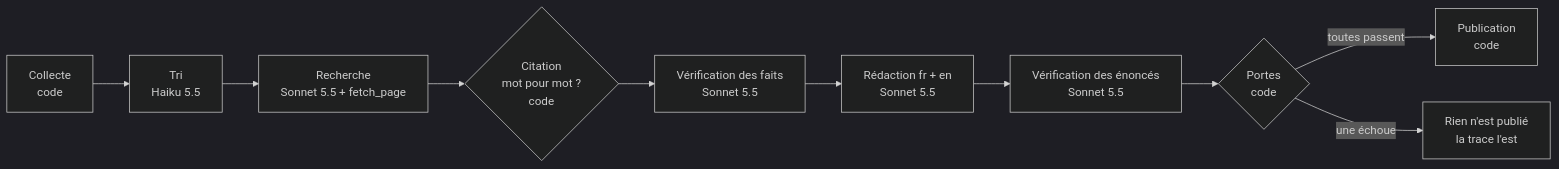
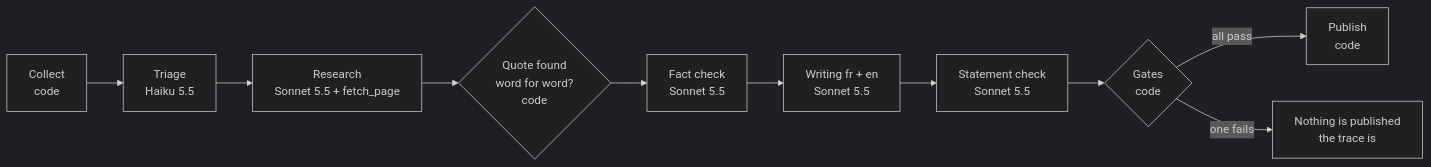
Before and after one commit to BassemFd/ai-watch: the diagram in README.md, drawn with Mermaid (dark theme). The commit also changed other lines of this file, not shown here.

````diff
--- a/README.md
+++ b/README.md
@@ -13,12 +11,12 @@
 ```mermaid
 flowchart LR
-  A[Collecte<br/>code] --> B[Tri<br/>Haiku 5.5]
-  B --> C[Recherche<br/>Sonnet 5.5 + fetch_page]
-  C --> D{Citation<br/>mot pour mot ?<br/>code}
-  D --> E[Vérification des faits<br/>Sonnet 5.5]
-  E --> F[Rédaction fr + en<br/>Sonnet 5.5]
-  F --> G[Vérification des énoncés<br/>Sonnet 5.5]
-  G --> H{Portes<br/>code}
-  H -->|toutes passent| I[Publication<br/>code]
-  H -->|une échoue| J[Rien n'est publié<br/>la trace l'est]
+  A[Collect<br/>code] --> B[Triage<br/>Haiku 5.5]
+  B --> C[Research<br/>Sonnet 5.5 + fetch_page]
+  C --> D{Quote found<br/>word for word?<br/>code}
+  D --> E[Fact check<br/>Sonnet 5.5]
+  E --> F[Writing fr + en<br/>Sonnet 5.5]
+  F --> G[Statement check<br/>Sonnet 5.5]
+  G --> H{Gates<br/>code}
+  H -->|all pass| I[Publish<br/>code]
+  H -->|one fails| J[Nothing is published<br/>the trace is]
 ```
````
